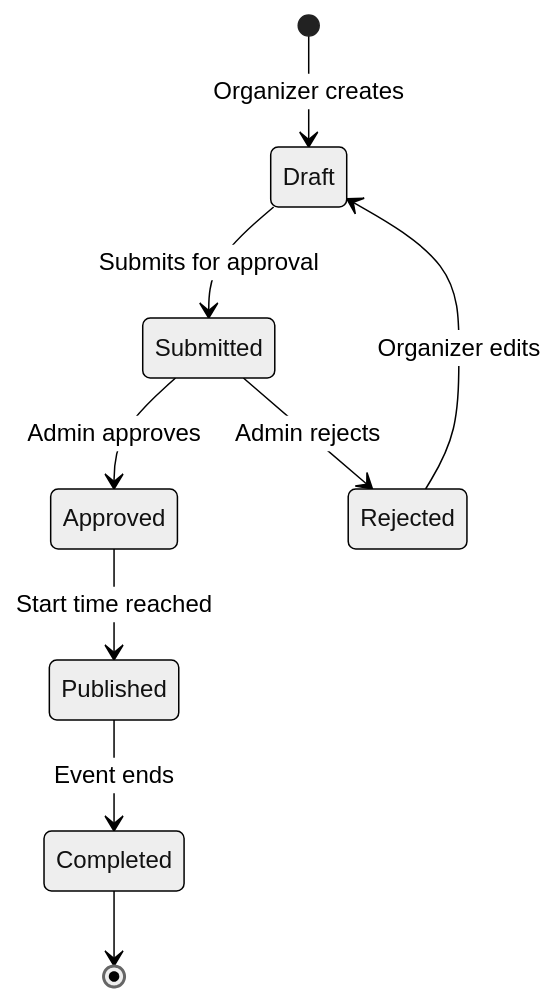
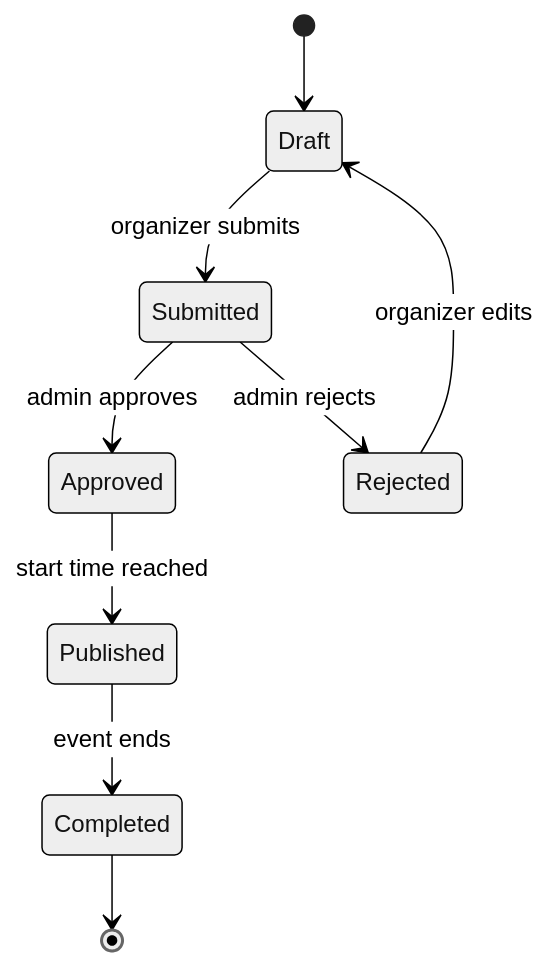
The fourth of 8 diagrams in state-transition-diagrams.md (Amanda2026-crypto/smart-campus-connect), drawn with Mermaid (neutral theme) before and after one commit. The commit also changed other lines of this file, not shown here.

````diff
--- a/state-transition-diagrams.md
+++ b/state-transition-diagrams.md
@@ -79,13 +175,11 @@
 ```mermaid
-
 stateDiagram-v2
-    [*] --> Draft: Organizer creates
-    Draft --> Submitted: Submits for approval
-    Submitted --> Approved: Admin approves
-    Submitted --> Rejected: Admin rejects
-    Approved --> Published: Start time reached
-    Rejected --> Draft: Organizer edits
-    Published --> Completed: Event ends
+    [*] --> Draft
+    Draft --> Submitted : organizer submits
+    Submitted --> Approved : admin approves
+    Submitted --> Rejected : admin rejects
+    Approved --> Published : start time reached
+    Rejected --> Draft : organizer edits
+    Published --> Completed : event ends
     Completed --> [*]
-
 ```
````
